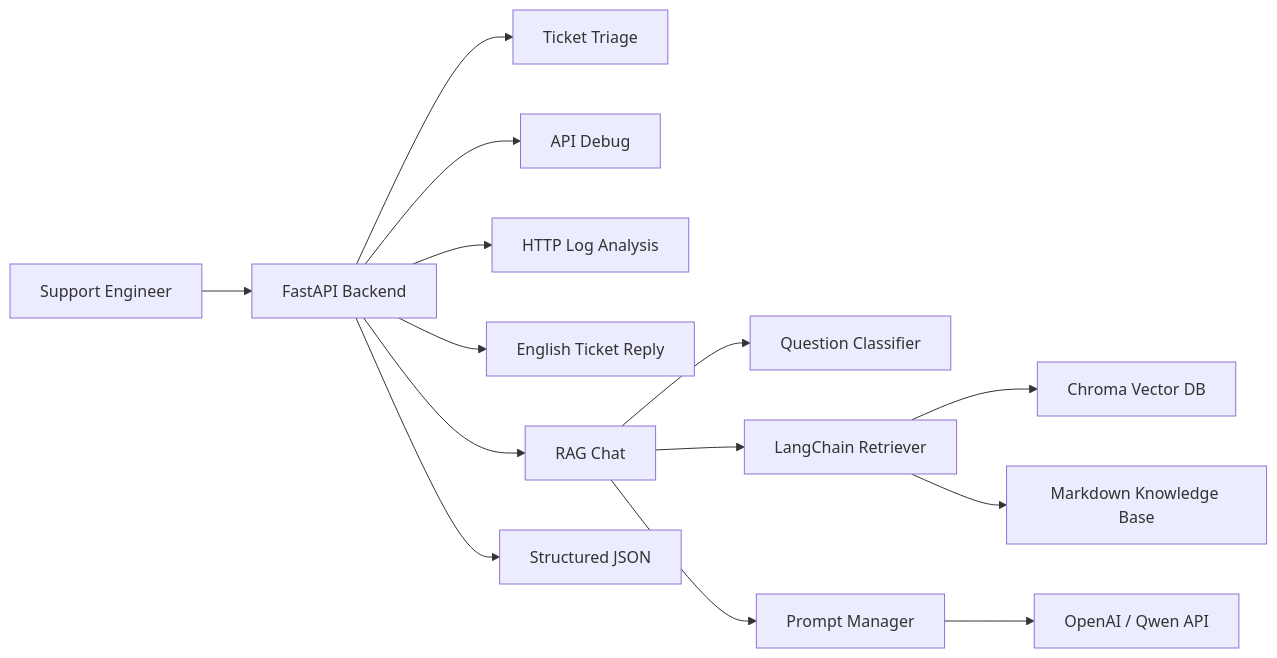
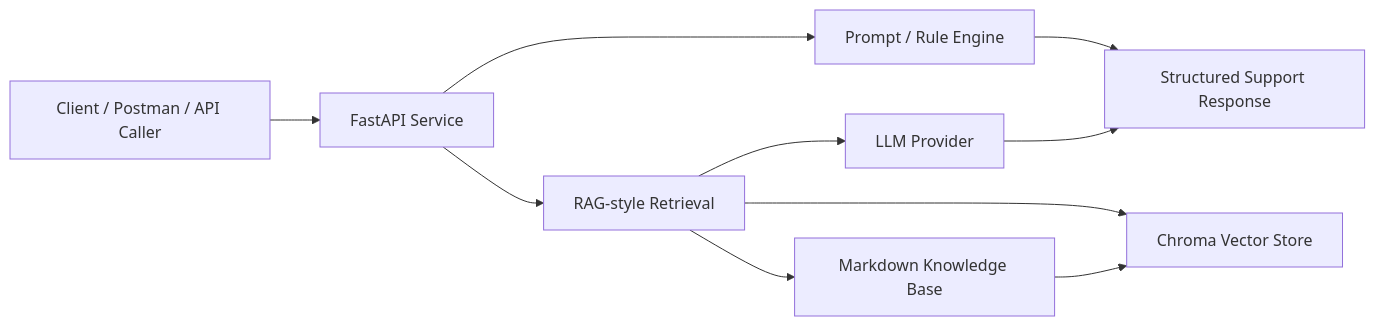
The diagram in README_EN.md (HAHAL/cloudsupport-ai), drawn with Mermaid before and after one commit. The commit also changed other lines of this file and 5 other files, not shown here.

````diff
--- a/README_EN.md
+++ b/README_EN.md
@@ -56,19 +30,12 @@
 ```mermaid
 flowchart LR
-    User["Support Engineer"] --> API["FastAPI Backend"]
-
-    API --> Triage["Ticket Triage"]
-    API --> Debug["API Debug"]
-    API --> Logs["HTTP Log Analysis"]
-    API --> Reply["English Ticket Reply"]
-    API --> Chat["RAG Chat"]
-
-    Chat --> Classifier["Question Classifier"]
-    Chat --> Retriever["LangChain Retriever"]
-    Retriever --> Chroma["Chroma Vector DB"]
-    Retriever --> KB["Markdown Knowledge Base"]
-    Chat --> Prompt["Prompt Manager"]
-    Prompt --> LLM["OpenAI / Qwen API"]
-
-    API --> JSON["Structured JSON"]
+    Client["Client / Postman / API Caller"] --> API["FastAPI Service"]
+    API --> Rule["Prompt / Rule Engine"]
+    API --> RAG["RAG-style Retrieval"]
+    Rule --> Response["Structured Support Response"]
+    RAG --> KB["Markdown Knowledge Base"]
+    RAG --> VectorDB["Chroma Vector Store"]
+    RAG --> LLM["LLM Provider"]
+    KB --> VectorDB
+    LLM --> Response
 ```
````
